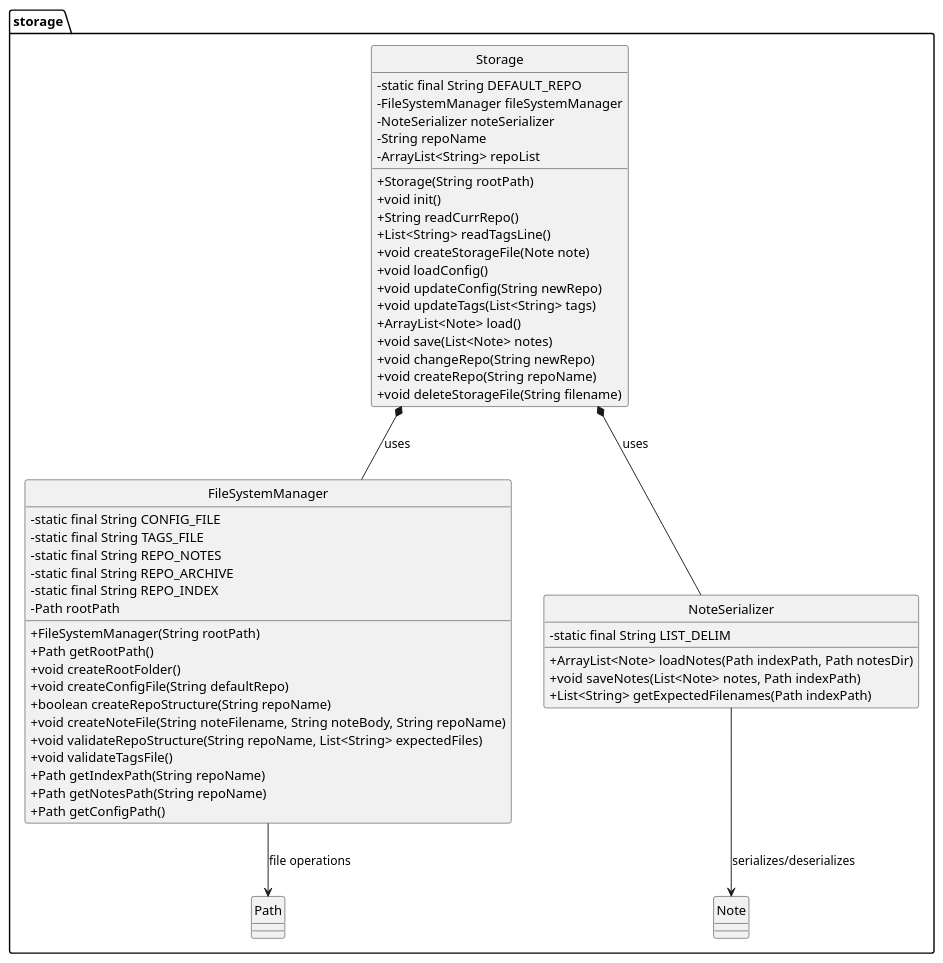
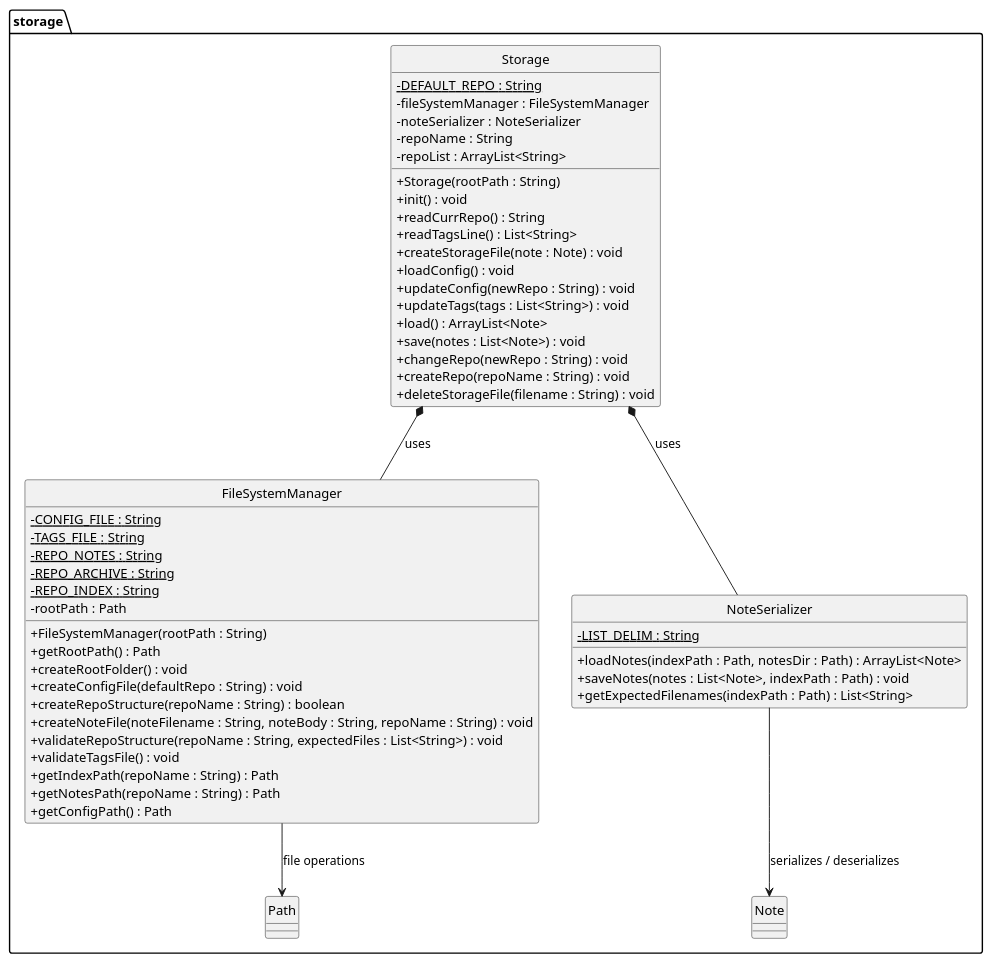
The diagram in docs/diagrams/StoragePackage.puml (shauntsr/tp), drawn with PlantUML before and after one commit.

Commit message:
Fix StoragePackage.puml (issue #165)

```diff
--- a/docs/diagrams/StoragePackage.puml
+++ b/docs/diagrams/StoragePackage.puml
@@ -1,65 +1,68 @@
 @startuml StoragePackage
 skinparam classAttributeIconSize 0
 hide circle
+
 package storage {
+
     class Storage {
-        - static final String DEFAULT_REPO
-        - FileSystemManager fileSystemManager
-        - NoteSerializer noteSerializer
-        - String repoName
-        - ArrayList<String> repoList
+        - {static} DEFAULT_REPO : String
+        - fileSystemManager : FileSystemManager
+        - noteSerializer : NoteSerializer
+        - repoName : String
+        - repoList : ArrayList<String>
 
-        + Storage(String rootPath)
-        + void init()
-        + String readCurrRepo()
-        + List<String> readTagsLine()
-        + void createStorageFile(Note note)
-        + void loadConfig()
-        + void updateConfig(String newRepo)
-        + void updateTags(List<String> tags)
-        + ArrayList<Note> load()
-        + void save(List<Note> notes)
-        + void changeRepo(String newRepo)
-        + void createRepo(String repoName)
-        + void deleteStorageFile(String filename)
+        + Storage(rootPath : String)
+        + init() : void
+        + readCurrRepo() : String
+        + readTagsLine() : List<String>
+        + createStorageFile(note : Note) : void
+        + loadConfig() : void
+        + updateConfig(newRepo : String) : void
+        + updateTags(tags : List<String>) : void
+        + load() : ArrayList<Note>
+        + save(notes : List<Note>) : void
+        + changeRepo(newRepo : String) : void
+        + createRepo(repoName : String) : void
+        + deleteStorageFile(filename : String) : void
     }
 
     class FileSystemManager {
-        - static final String CONFIG_FILE
-        - static final String TAGS_FILE
-        - static final String REPO_NOTES
-        - static final String REPO_ARCHIVE
-        - static final String REPO_INDEX
-        - Path rootPath
+        - {static} CONFIG_FILE : String
+        - {static} TAGS_FILE : String
+        - {static} REPO_NOTES : String
+        - {static} REPO_ARCHIVE : String
+        - {static} REPO_INDEX : String
+        - rootPath : Path
 
-        + FileSystemManager(String rootPath)
-        + Path getRootPath()
-        + void createRootFolder()
-        + void createConfigFile(String defaultRepo)
-        + boolean createRepoStructure(String repoName)
-        + void createNoteFile(String noteFilename, String noteBody, String repoName)
-        + void validateRepoStructure(String repoName, List<String> expectedFiles)
-        + void validateTagsFile()
-        + Path getIndexPath(String repoName)
-        + Path getNotesPath(String repoName)
-        + Path getConfigPath()
+        + FileSystemManager(rootPath : String)
+        + getRootPath() : Path
+        + createRootFolder() : void
+        + createConfigFile(defaultRepo : String) : void
+        + createRepoStructure(repoName : String) : boolean
+        + createNoteFile(noteFilename : String, noteBody : String, repoName : String) : void
+        + validateRepoStructure(repoName : String, expectedFiles : List<String>) : void
+        + validateTagsFile() : void
+        + getIndexPath(repoName : String) : Path
+        + getNotesPath(repoName : String) : Path
+        + getConfigPath() : Path
     }
 
     class NoteSerializer {
-        - static final String LIST_DELIM
+        - {static} LIST_DELIM : String
 
-        + ArrayList<Note> loadNotes(Path indexPath, Path notesDir)
-        + void saveNotes(List<Note> notes, Path indexPath)
-        + List<String> getExpectedFilenames(Path indexPath)
+        + loadNotes(indexPath : Path, notesDir : Path) : ArrayList<Note>
+        + saveNotes(notes : List<Note>, indexPath : Path) : void
+        + getExpectedFilenames(indexPath : Path) : List<String>
     }
 
     class Note {
     }
 
-
+    ' Associations
     Storage *-- FileSystemManager : uses
     Storage *-- NoteSerializer : uses
-    NoteSerializer --> Note : serializes/deserializes
+    NoteSerializer --> Note : serializes / deserializes
     FileSystemManager --> Path : file operations
 }
+
 @enduml
```
